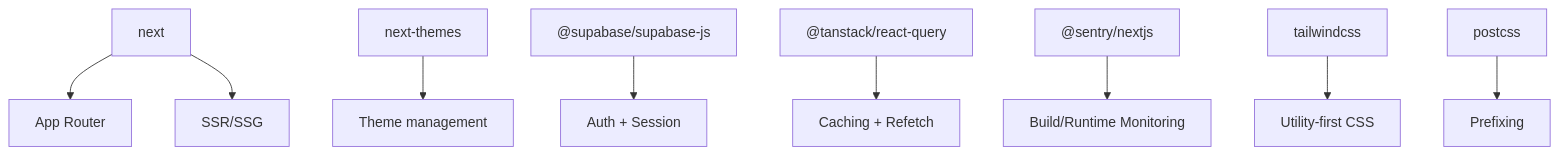
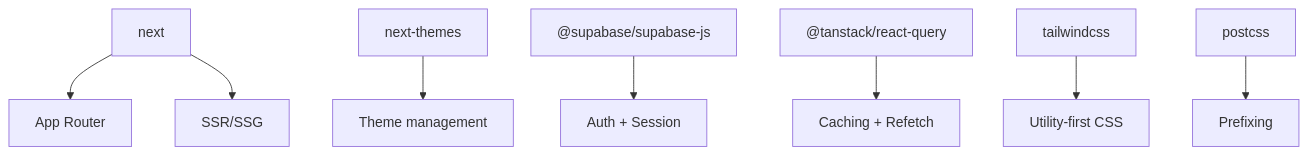
Diagram 11 of 11 in .docs/content/Frontend Development/Next.js Application Structure.md (rohitkumarnaidu/ScholarFormAI), drawn with Mermaid before and after one commit. The commit also changed other lines of this file and 9 other files, not shown here.

````diff
--- a/.docs/content/Frontend Development/Next.js Application Structure.md
+++ b/.docs/content/Frontend Development/Next.js Application Structure.md
@@ -368,11 +366,11 @@
 ```mermaid
 graph TB
 Next["next"] --> Router["App Router"]
 Next --> SSR["SSR/SSG"]
 NextThemes["next-themes"] --> Theme["Theme management"]
 Supabase["@supabase/supabase-js"] --> Auth["Auth + Session"]
 ReactQuery["@tanstack/react-query"] --> Cache["Caching + Refetch"]
-Sentry["@sentry/nextjs"] --> Observability["Build/Runtime Monitoring"]
+
 Tailwind["tailwindcss"] --> Styles["Utility-first CSS"]
 PostCSS["postcss"] --> Autoprefixer["Prefixing"]
 ```
````
